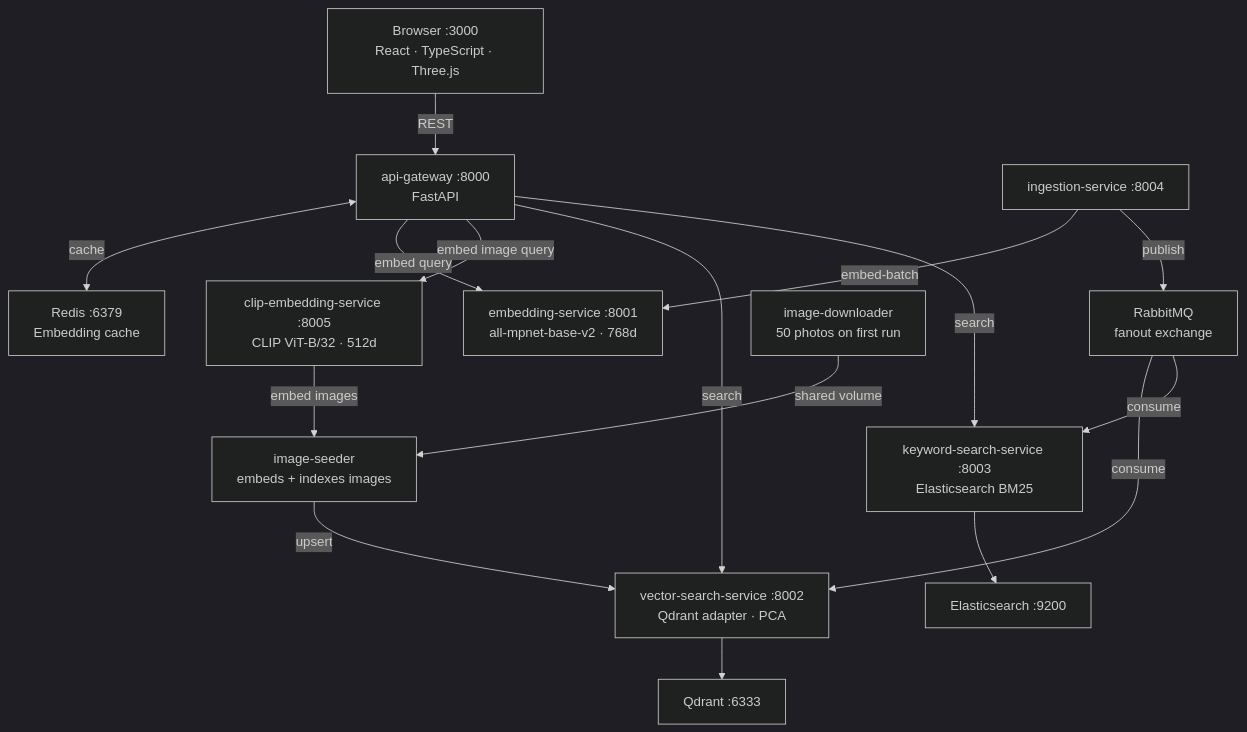
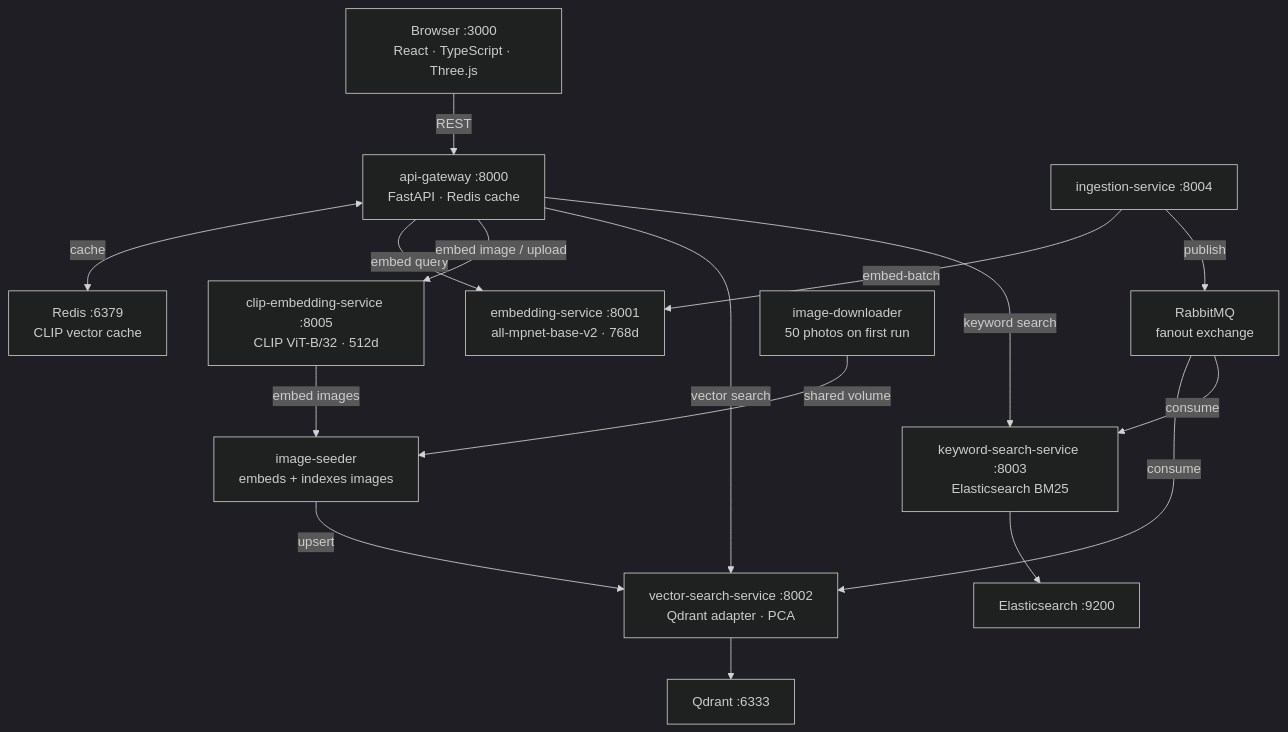
Before and after one commit to orhangezginci/searchstack: the diagram in README.md, drawn with Mermaid (dark theme). The commit also changed other lines of this file and 10 other files, not shown here.

First line of the commit message:
Add image upload, pipeline visualizer, scaffold positioning, and PDF tutorial

````diff
--- a/README.md
+++ b/README.md
@@ -131,32 +161,32 @@
 ```mermaid
 flowchart TD
     Browser["Browser :3000\nReact · TypeScript · Three.js"]
-    Gateway["api-gateway :8000\nFastAPI"]
-    Redis["Redis :6379\nEmbedding cache"]
+    Gateway["api-gateway :8000\nFastAPI · Redis cache"]
+    Redis["Redis :6379\nCLIP vector cache"]
     Embed["embedding-service :8001\nall-mpnet-base-v2 · 768d"]
     Vector["vector-search-service :8002\nQdrant adapter · PCA"]
     Keyword["keyword-search-service :8003\nElasticsearch BM25"]
     Ingest["ingestion-service :8004"]
     CLIP["clip-embedding-service :8005\nCLIP ViT-B/32 · 512d"]
     MQ["RabbitMQ\nfanout exchange"]
     Qdrant["Qdrant :6333"]
     ES["Elasticsearch :9200"]
     Downloader["image-downloader\n50 photos on first run"]
     Seeder["image-seeder\nembeds + indexes images"]
 
     Browser -->|REST| Gateway
     Gateway <-->|cache| Redis
     Gateway -->|embed query| Embed
-    Gateway -->|embed image query| CLIP
-    Gateway -->|search| Vector
-    Gateway -->|search| Keyword
+    Gateway -->|embed image / upload| CLIP
+    Gateway -->|vector search| Vector
+    Gateway -->|keyword search| Keyword
     Ingest -->|embed-batch| Embed
     Ingest -->|publish| MQ
     MQ -->|consume| Vector
     MQ -->|consume| Keyword
     Vector --> Qdrant
     Keyword --> ES
     Downloader -->|shared volume| Seeder
     CLIP -->|embed images| Seeder
     Seeder -->|upsert| Vector
 ```
````
